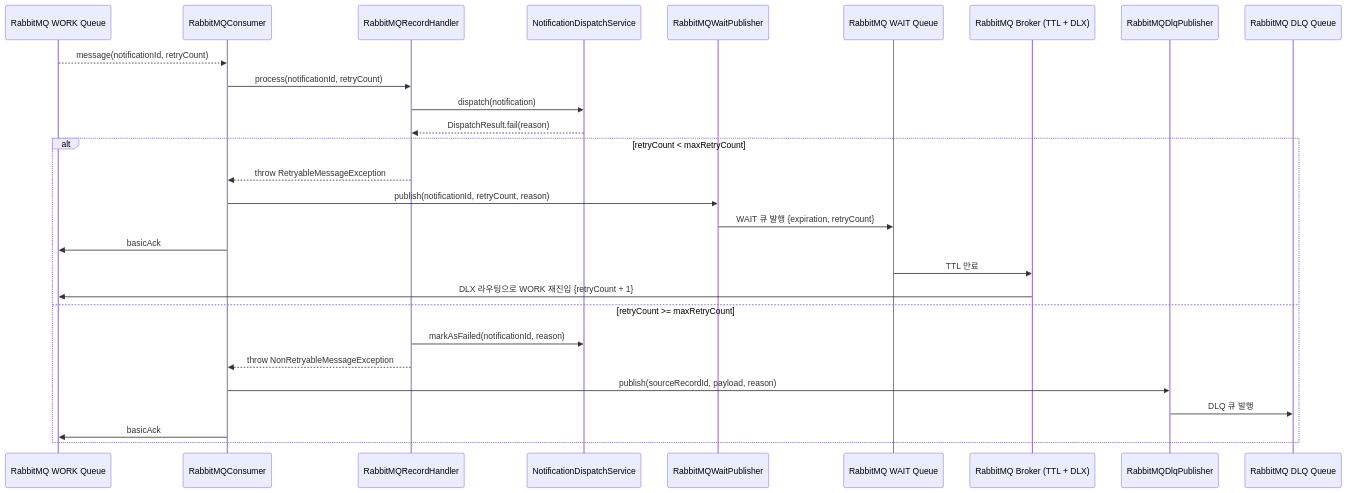
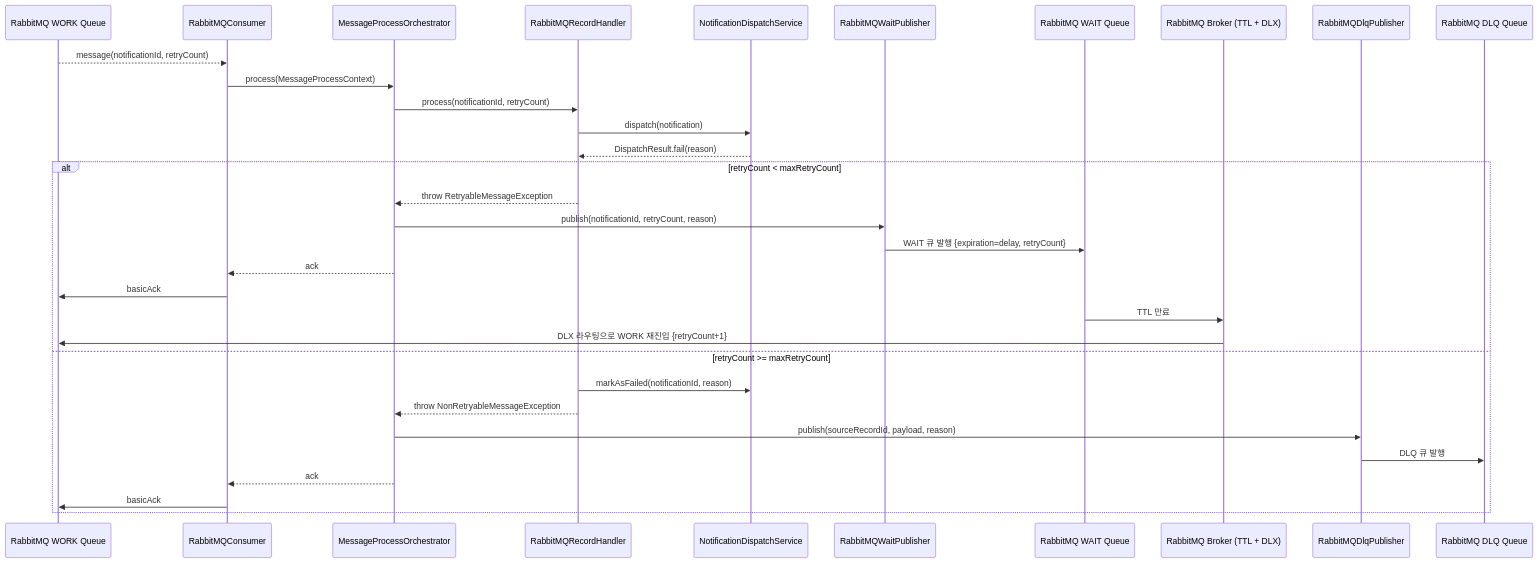
The fourth of 7 diagrams in docs/02-sequence-diagrams.md (yht0827/notification-dispatcher), drawn with Mermaid before and after one commit. The commit also changed other lines of this file and 11 other files, not shown here.

````diff
--- a/docs/02-sequence-diagrams.md
+++ b/docs/02-sequence-diagrams.md
@@ -149,33 +162,37 @@
 ```mermaid
 sequenceDiagram
     participant RS as RabbitMQ WORK Queue
     participant C as RabbitMQConsumer
+    participant O as MessageProcessOrchestrator
     participant H as RabbitMQRecordHandler
     participant DS as NotificationDispatchService
     participant W as RabbitMQWaitPublisher
     participant WS as RabbitMQ WAIT Queue
     participant B as RabbitMQ Broker (TTL + DLX)
     participant D as RabbitMQDlqPublisher
     participant DLQ as RabbitMQ DLQ Queue
 
     RS-->>C: message(notificationId, retryCount)
-    C->>H: process(notificationId, retryCount)
+    C->>O: process(MessageProcessContext)
+    O->>H: process(notificationId, retryCount)
     H->>DS: dispatch(notification)
     DS-->>H: DispatchResult.fail(reason)
 
     alt retryCount < maxRetryCount
-        H-->>C: throw RetryableMessageException
-        C->>W: publish(notificationId, retryCount, reason)
-        W->>WS: WAIT 큐 발행 {expiration, retryCount}
+        H-->>O: throw RetryableMessageException
+        O->>W: publish(notificationId, retryCount, reason)
+        W->>WS: WAIT 큐 발행 {expiration=delay, retryCount}
+        O-->>C: ack
         C->>RS: basicAck
 
         WS->>B: TTL 만료
-        B->>RS: DLX 라우팅으로 WORK 재진입 {retryCount + 1}
+        B->>RS: DLX 라우팅으로 WORK 재진입 {retryCount+1}
     else retryCount >= maxRetryCount
         H->>DS: markAsFailed(notificationId, reason)
-        H-->>C: throw NonRetryableMessageException
-        C->>D: publish(sourceRecordId, payload, reason)
+        H-->>O: throw NonRetryableMessageException
+        O->>D: publish(sourceRecordId, payload, reason)
         D->>DLQ: DLQ 큐 발행
+        O-->>C: ack
         C->>RS: basicAck
     end
 ```
````
